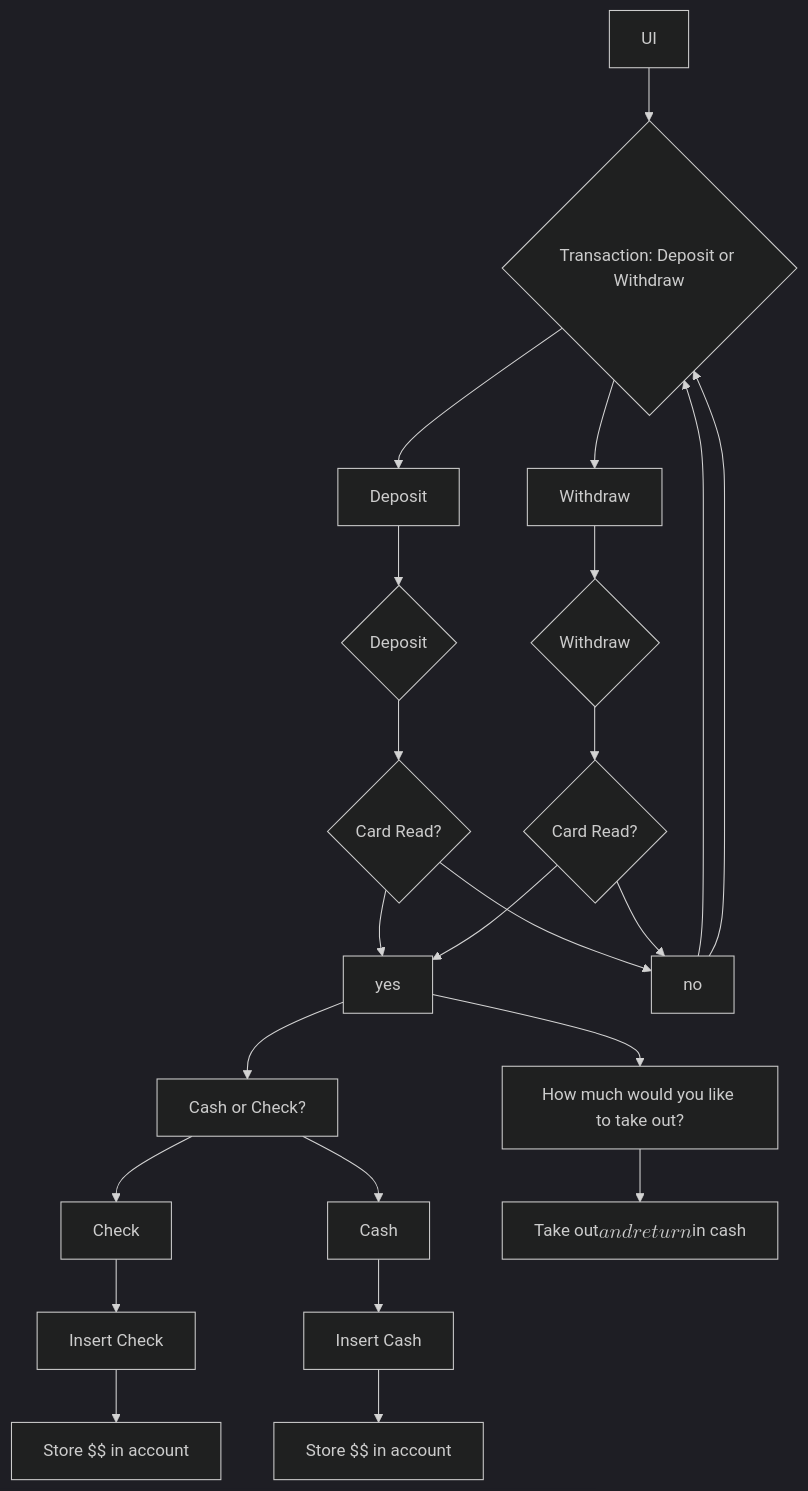
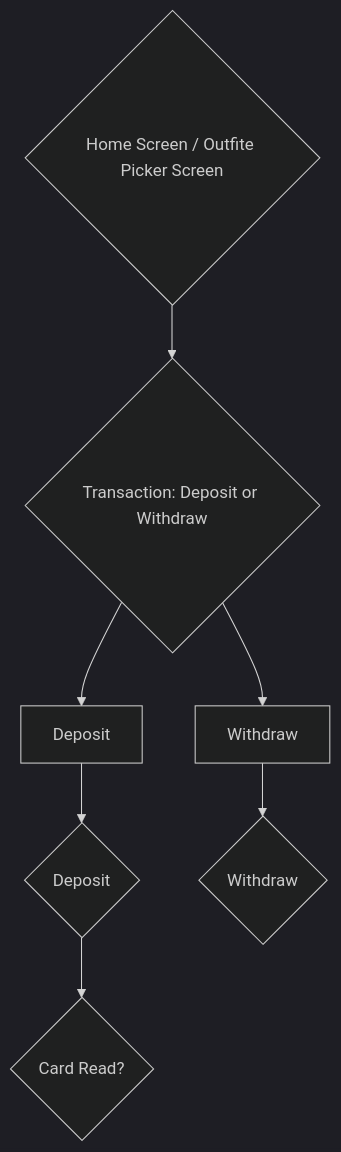
Before and after one commit to NNewbauer/3300OutfitPicker: the diagram in README.md, drawn with Mermaid (dark theme).

````diff
--- a/README.md
+++ b/README.md
@@ -63,14 +63,7 @@
 ```mermaid
 flowchart TD
-	A[UI] --> B{Transaction: Deposit or Withdraw}
+	A{Home Screen / Outfite Picker Screen} --> B{Transaction: Deposit or Withdraw}
 	B --> Deposit --> C{Deposit}
 	B --> Withdraw --> D{Withdraw}
 	C --> E{Card Read?}
-	E --> yes --> F[Cash or Check?]
-	E --> no --> B
-	F --> Check --> G[Insert Check] --> H[Store $$ in account]
-	F --> Cash --> I[Insert Cash] --> J[Store $$ in account]
-	D --> K{Card Read?}
-	K --> yes --> L[How much would you like to take out?] --> M[Take out $$ and return $$ in cash]
-	K --> no --> B
 ```
````
